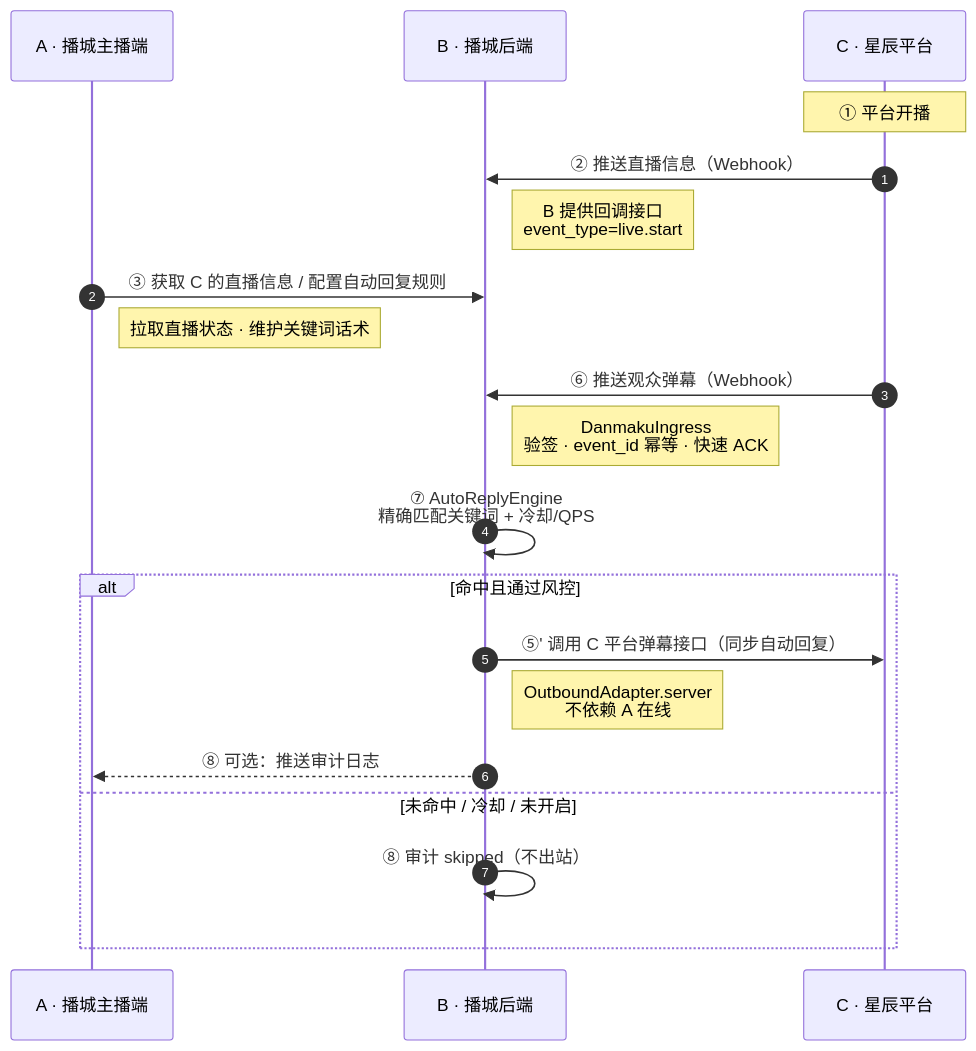
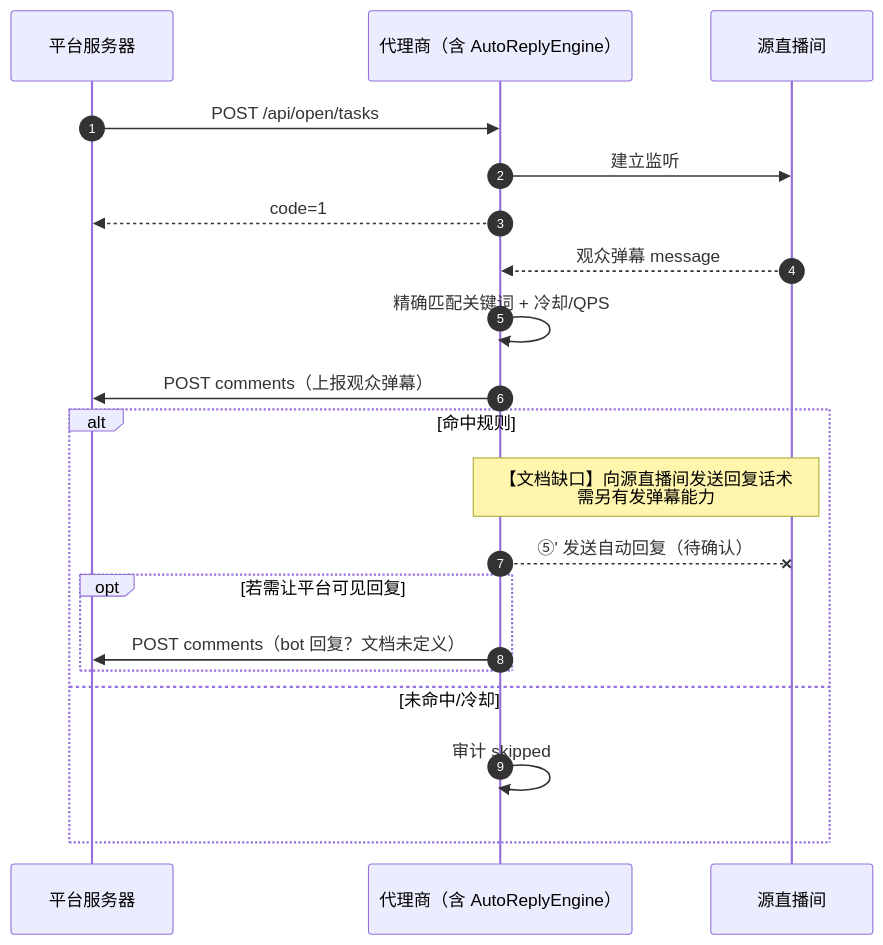
One commit to EverettSy/A_Share_investment_Agent changed the second of 2 diagrams in docs/superpowers/specs/2026-11-20-danmaku-auto-reply-sequence.mmd.md. Above: the diagram before and after it, drawn with Mermaid. The commit also changed other lines of this file and 2 other files, not shown here.

First line of the commit message:
Revise danmaku design for agent role vs OEM HTTP API

````diff
--- a/docs/superpowers/specs/2026-11-20-danmaku-auto-reply-sequence.mmd.md
+++ b/docs/superpowers/specs/2026-11-20-danmaku-auto-reply-sequence.mmd.md
@@ -8,24 +48,25 @@
 ```mermaid
 sequenceDiagram
     autonumber
-    participant A as A · 播城主播端
-    participant B as B · 播城后端
-    participant C as C · 星辰平台
+    participant P as 平台服务器
+    participant G as 代理商（含 AutoReplyEngine）
+    participant S as 源直播间
 
-    Note over C: ① 平台开播
-    C->>B: ② 推送直播信息（Webhook）
-    Note right of B: B 提供回调接口<br/>event_type=live.start
-    A->>B: ③ 获取 C 的直播信息 / 配置自动回复规则
-    Note right of A: 拉取直播状态 · 维护关键词话术
+    P->>G: POST /api/open/tasks
+    G->>S: 建立监听
+    G-->>P: code=1
 
-    C->>B: ⑥ 推送观众弹幕（Webhook）
-    Note right of B: DanmakuIngress<br/>验签 · event_id 幂等 · 快速 ACK
-    B->>B: ⑦ AutoReplyEngine<br/>精确匹配关键词 + 冷却/QPS
-    alt 命中且通过风控
-        B->>C: ⑤' 调用 C 平台弹幕接口（同步自动回复）
-        Note right of B: OutboundAdapter.server<br/>不依赖 A 在线
-        B-->>A: ⑧ 可选：推送审计日志
-    else 未命中 / 冷却 / 未开启
-        B->>B: ⑧ 审计 skipped（不出站）
+    S-->>G: 观众弹幕 message
+    G->>G: 精确匹配关键词 + 冷却/QPS
+    G->>P: POST comments（上报观众弹幕）
+
+    alt 命中规则
+        Note over G,S: 【文档缺口】向源直播间发送回复话术<br/>需另有发弹幕能力
+        G--xS: ⑤' 发送自动回复（待确认）
+        opt 若需让平台可见回复
+            G->>P: POST comments（bot 回复？文档未定义）
+        end
+    else 未命中/冷却
+        G->>G: 审计 skipped
     end
 ```
````
